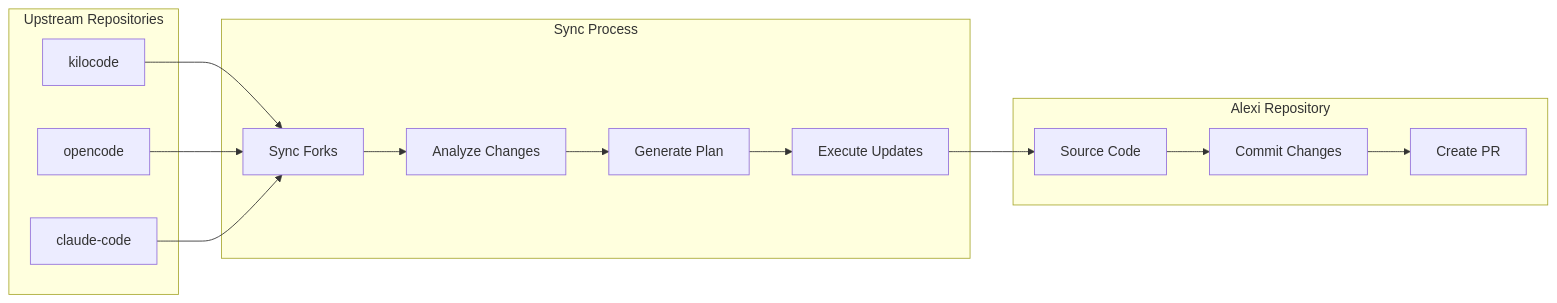
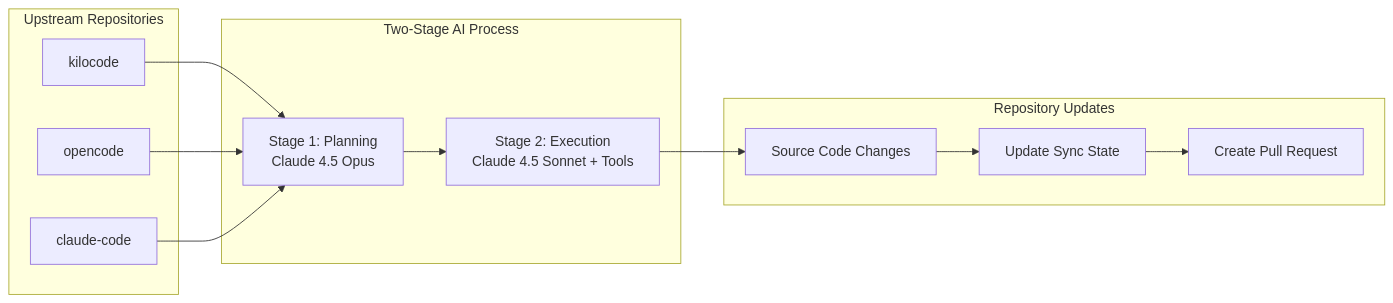
Before and after one commit to ausardcompany/alexi: the fourth of 5 diagrams in docs/AUTOMATION.md, drawn with Mermaid. The commit also changed other lines of this file and 6 other files, not shown here.

Commit message:
docs: auto-generate documentation [skip ci] [alexi-bot]

````diff
--- a/docs/AUTOMATION.md
+++ b/docs/AUTOMATION.md
@@ -145,31 +195,27 @@
 ```mermaid
 graph LR
     subgraph Upstream["Upstream Repositories"]
         Kilo[kilocode]
         Open[opencode]
         Claude[claude-code]
     end
     
-    subgraph Sync["Sync Process"]
-        Fork[Sync Forks]
-        Analyze[Analyze Changes]
-        Plan[Generate Plan]
-        Execute[Execute Updates]
+    subgraph Sync["Two-Stage AI Process"]
+        Plan[Stage 1: Planning<br/>Claude 4.5 Opus]
+        Execute[Stage 2: Execution<br/>Claude 4.5 Sonnet + Tools]
     end
     
-    subgraph Alexi["Alexi Repository"]
-        Code[Source Code]
-        Commit[Commit Changes]
-        PR[Create PR]
+    subgraph Output["Repository Updates"]
+        Code[Source Code Changes]
+        State[Update Sync State]
+        PR[Create Pull Request]
     end
     
-    Kilo --> Fork
-    Open --> Fork
-    Claude --> Fork
-    Fork --> Analyze
-    Analyze --> Plan
+    Kilo --> Plan
+    Open --> Plan
+    Claude --> Plan
     Plan --> Execute
     Execute --> Code
-    Code --> Commit
-    Commit --> PR
+    Code --> State
+    State --> PR
 ```
````
